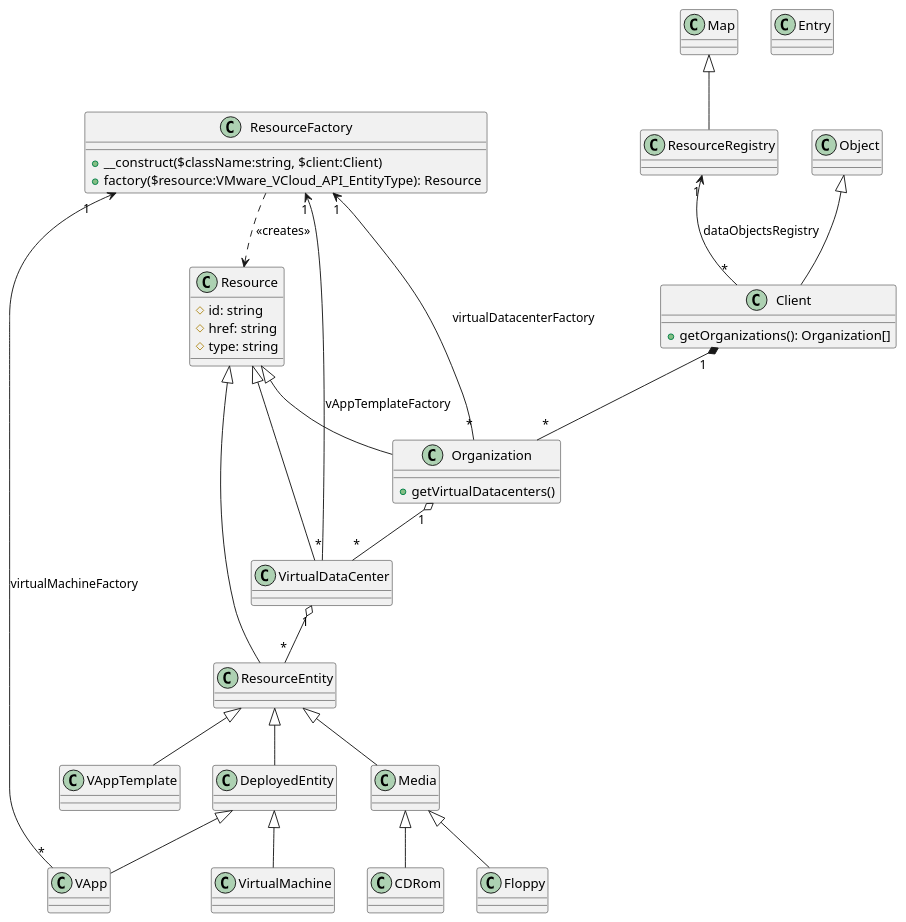
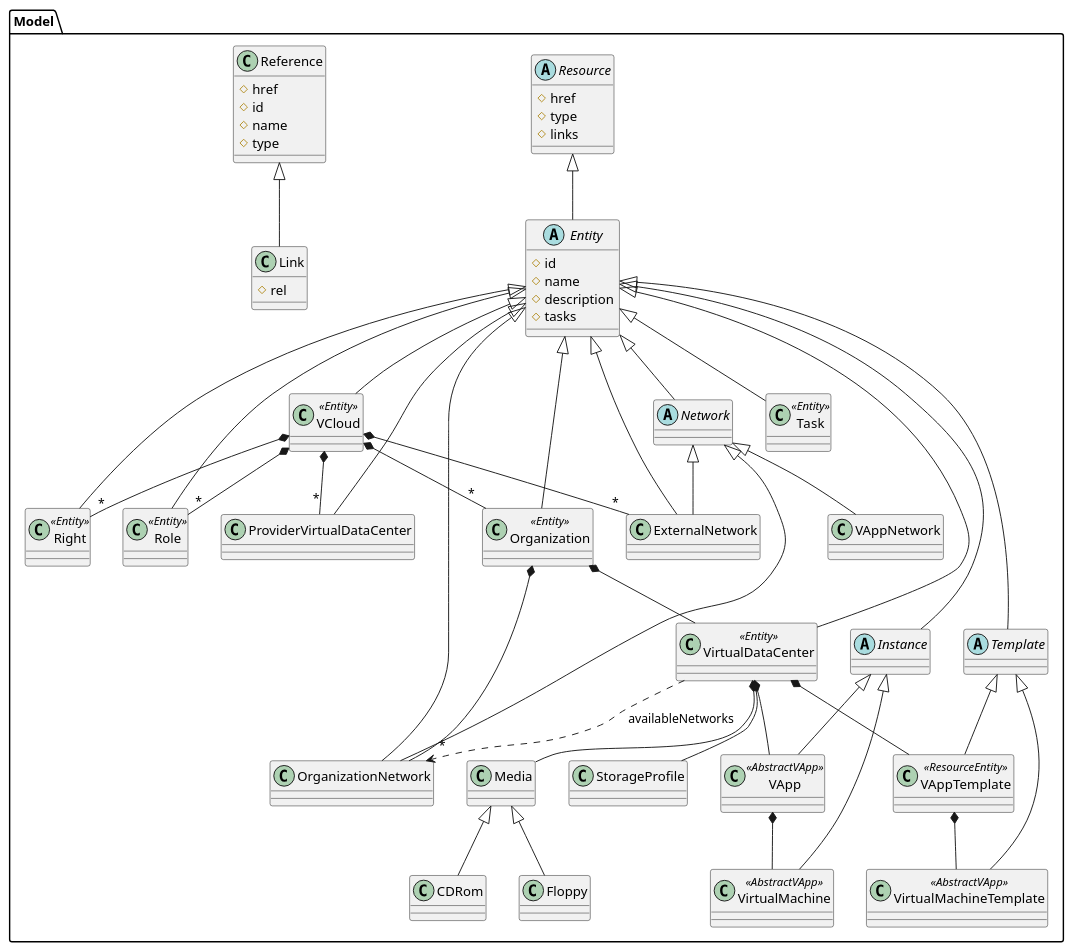
The diagram in docs/img/model.plantuml (amercier/vcloud-sdk-php), drawn with PlantUML before and after one commit. The commit also changed 6 other files, not shown here.

```diff
--- a/docs/img/model.plantuml
+++ b/docs/img/model.plantuml
@@ -1,64 +1,123 @@
 @startuml
 
-class Object {
+package Model {
+
+  abstract class Resource {
+    # href
+    # type
+    # links
+  }
+
+  Resource <|-- Entity
+
+  abstract class Entity {
+    # id
+    # name
+    # description
+    # tasks
+  }
+
+  Entity <|-- VCloud
+  Entity <|-- Organization
+  Entity <|-- OrganizationNetwork
+  Entity <|-- VirtualDataCenter
+  Entity <|-- Role
+  Entity <|-- Right
+  Entity <|-- ExternalNetwork
+  Entity <|-- ProviderVirtualDataCenter
+  Entity <|-- Task
+  Entity <|-- Instance
+  Entity <|-- Template
+  Entity <|-- Network
+
+  abstract class Instance {
+  }
+
+  Instance <|-- VApp
+  Instance <|-- VirtualMachine
+
+  abstract class Template {
+  }
+
+  Template <|-- VAppTemplate
+  Template <|-- VirtualMachineTemplate
+
+  abstract class Network {
+  }
+
+  Network <|-- VAppNetwork
+  Network <|-- OrganizationNetwork
+  Network <|-- ExternalNetwork
+
+  class VCloud <<Entity>> {
+  }
+
+  VCloud *-- "*" ExternalNetwork
+  VCloud *-- "*" ProviderVirtualDataCenter
+  VCloud *-- "*" Right
+  VCloud *-- "*" Role
+  VCloud *-- "*" Organization
+
+  class Organization <<Entity>> {
+  }
+
+  Organization *-- OrganizationNetwork
+  Organization *-- VirtualDataCenter
+
+  class VirtualDataCenter <<Entity>> {
+  }
+
+  VirtualDataCenter *-- VApp
+  VirtualDataCenter *-- VAppTemplate
+  VirtualDataCenter *-- Media
+  VirtualDataCenter *-- StorageProfile
+  VirtualDataCenter ..> "*" OrganizationNetwork : "availableNetworks"
+
+  class VApp <<AbstractVApp>> {
+  }
+
+  VApp *-- VirtualMachine
+
+  class VirtualMachine <<AbstractVApp>> {
+
+  }
+
+  class VAppTemplate <<ResourceEntity>> {
+  }
+
+  VAppTemplate *-- VirtualMachineTemplate
+
+  class VirtualMachineTemplate <<AbstractVApp>> {
+  }
+
+  class Media {
+  }
+
+  Media <|-- CDRom
+  Media <|-- Floppy
+
+  class Reference {
+    # href
+    # id
+    # name
+    # type
+  }
+
+  Reference <|-- Link
+
+  class Link {
+    # rel
+  }
+
+  class Role <<Entity>> {
+  }
+
+  class Right <<Entity>> {
+  }
+
+  class Task <<Entity>> {
+  }
+
 }
 
-class Map {
-}
-
-class Entry {
-}
-
-class Resource {
-  # id: string
-  # href: string
-  # type: string
-}
-
-class ResourceFactory {
-  +__construct($className:string, $client:Client)
-  +factory($resource:VMware_VCloud_API_EntityType): Resource
-}
-
-class ResourceRegistry {
-}
-
-class Client {
-  +getOrganizations(): Organization[]
-}
-
-class Organization {
-  +getVirtualDatacenters()
-}
-
-Client "1" *-- "*" Organization
-Organization "1" o-- "*" VirtualDataCenter
-VirtualDataCenter "1" o-- "*" ResourceEntity
-
-Map <|-- ResourceRegistry
-
-Object <|-- Client
-
-ResourceRegistry "1" <-- "*" Client : dataObjectsRegistry
-
-ResourceFactory ..> Resource : <<creates>>
-
-Resource <|-- Organization
-Resource <|-- VirtualDataCenter
-Resource <|-- ResourceEntity
-
-ResourceEntity <|-- DeployedEntity
-ResourceEntity <|-- VAppTemplate
-ResourceEntity <|-- Media
-
-Media <|-- CDRom
-Media <|-- Floppy
-
-DeployedEntity <|-- VApp
-DeployedEntity <|-- VirtualMachine
-
-ResourceFactory "1" <-- "*" Organization : virtualDatacenterFactory
-ResourceFactory "1" <-- "*" VirtualDataCenter : vAppTemplateFactory
-ResourceFactory "1" <-- "*" VApp : virtualMachineFactory
-
 @enduml
```
